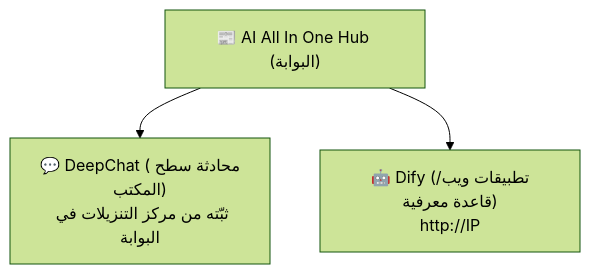
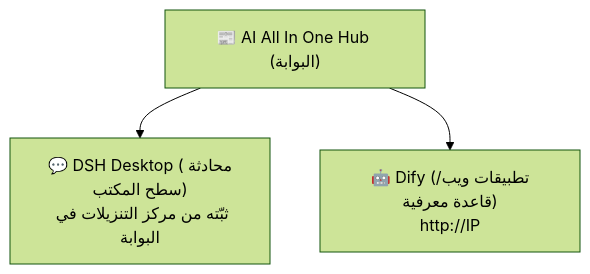
One commit to sdlyxianchao/AIAllInOne changed the diagram in docs/i18n/user-manual-ar/ch01-about.md. Above: the diagram before and after it, drawn with Mermaid (forest theme). The commit also changed other lines of this file and 306 other files, not shown here.

````diff
--- a/docs/i18n/user-manual-ar/ch01-about.md
+++ b/docs/i18n/user-manual-ar/ch01-about.md
@@ -17,5 +17,5 @@
 ```mermaid
 flowchart TB
-    A["📰 AI All In One Hub (البوابة)"] --> B["💬 DeepChat (محادثة سطح المكتب)<br/>ثبّته من مركز التنزيلات في البوابة"]
+    A["📰 AI All In One Hub (البوابة)"] --> B["💬 DSH Desktop (محادثة سطح المكتب)<br/>ثبّته من مركز التنزيلات في البوابة"]
     A["📰 AI All In One Hub (البوابة)"] --> C["🤖 Dify (تطبيقات ويب/قاعدة معرفية)<br/>http://IP"]
 ```
````
